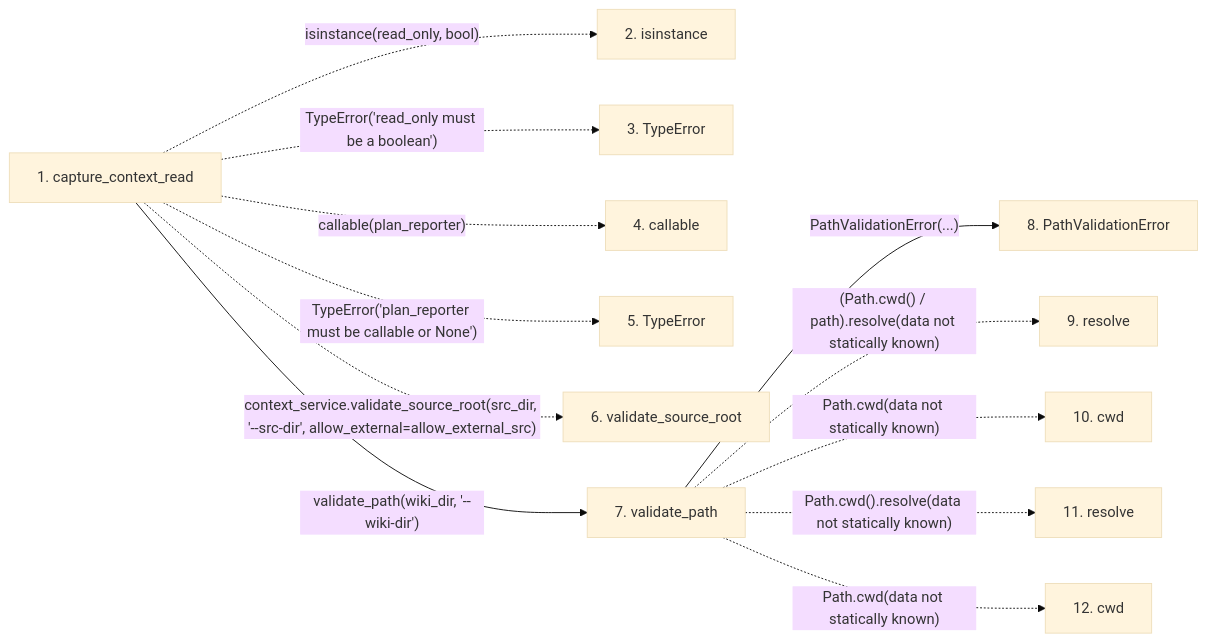
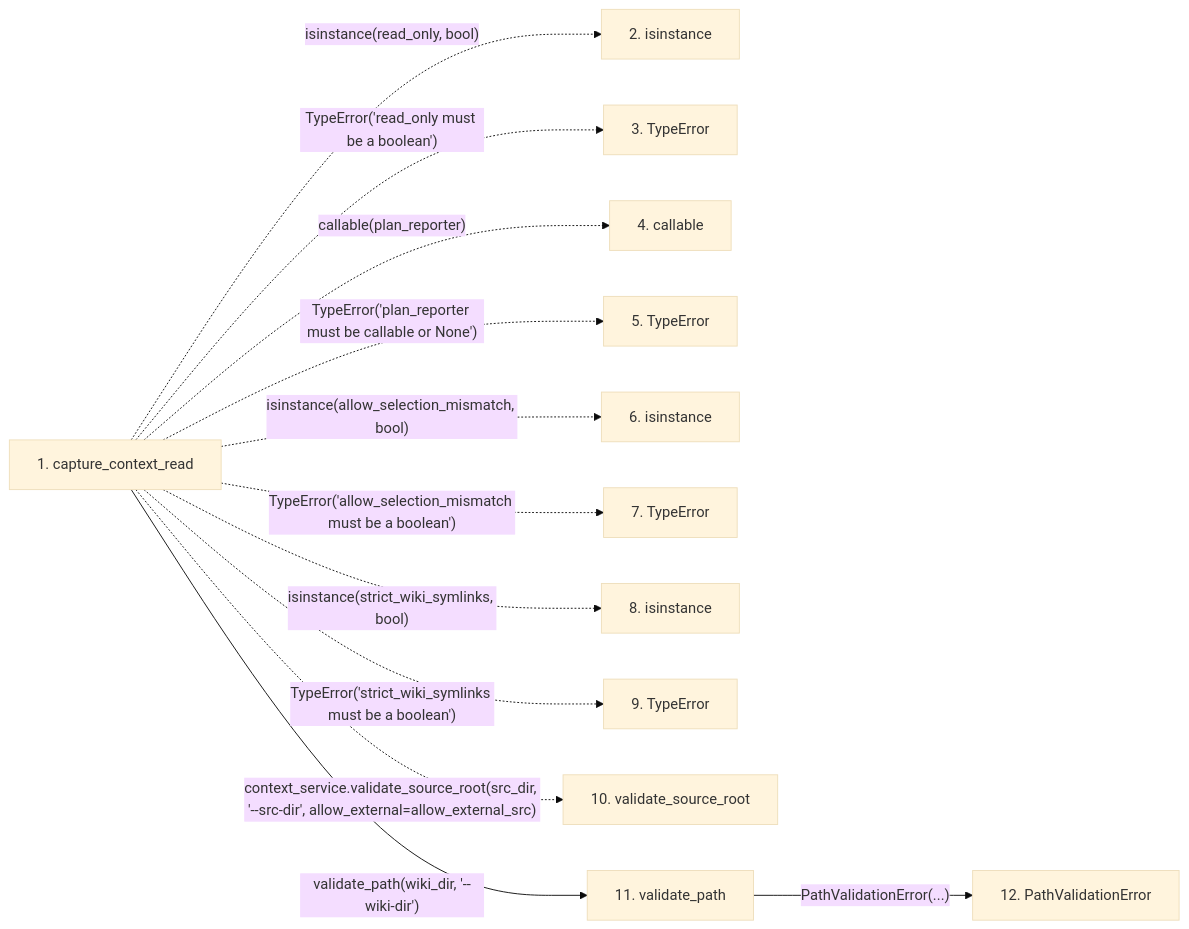
Before and after one commit to Denissvgn/python-wiki-llm: the second of 2 diagrams in docs/llm_wiki/flows/api-capture_context_read.md, drawn with Mermaid (base theme). The commit also changed other lines of this file and 364 other files, not shown here.

````diff
--- a/docs/llm_wiki/flows/api-capture_context_read.md
+++ b/docs/llm_wiki/flows/api-capture_context_read.md
@@ -90,29 +88,29 @@
 ```mermaid
 flowchart LR
     s1["1. capture_context_read"]
     s2["2. isinstance"]
     s3["3. TypeError"]
     s4["4. callable"]
     s5["5. TypeError"]
-    s6["6. validate_source_root"]
-    s7["7. validate_path"]
-    s8["8. PathValidationError"]
-    s9["9. resolve"]
-    s10["10. cwd"]
-    s11["11. resolve"]
-    s12["12. cwd"]
+    s6["6. isinstance"]
+    s7["7. TypeError"]
+    s8["8. isinstance"]
+    s9["9. TypeError"]
+    s10["10. validate_source_root"]
+    s11["11. validate_path"]
+    s12["12. PathValidationError"]
     s1 -. "isinstance(read_only, bool)" .-> s2
     s1 -. "TypeError('read_only must be a boolean')" .-> s3
     s1 -. "callable(plan_reporter)" .-> s4
     s1 -. "TypeError('plan_reporter must be callable or None')" .-> s5
-    s1 -. "context_service.validate_source_root(src_dir, '--src-dir', allow_external=allow_external_src)" .-> s6
-    s1 -->|"validate_path(wiki_dir, '--wiki-dir')"| s7
-    s7 -->|"PathValidationError(...)"| s8
-    s7 -. "(Path.cwd() / path).resolve(data not statically known)" .-> s9
-    s7 -. "Path.cwd(data not statically known)" .-> s10
-    s7 -. "Path.cwd().resolve(data not statically known)" .-> s11
-    s7 -. "Path.cwd(data not statically known)" .-> s12
+    s1 -. "isinstance(allow_selection_mismatch, bool)" .-> s6
+    s1 -. "TypeError('allow_selection_mismatch must be a boolean')" .-> s7
+    s1 -. "isinstance(strict_wiki_symlinks, bool)" .-> s8
+    s1 -. "TypeError('strict_wiki_symlinks must be a boolean')" .-> s9
+    s1 -. "context_service.validate_source_root(src_dir, '--src-dir', allow_external=allow_external_src)" .-> s10
+    s1 -->|"validate_path(wiki_dir, '--wiki-dir')"| s11
+    s11 -->|"PathValidationError(...)"| s12
     click s1 "../modules/context_packet.md"
-    click s7 "../modules/config.md"
-    click s8 "../modules/config.md"
+    click s11 "../modules/config.md"
+    click s12 "../modules/config.md"
 ```
````
